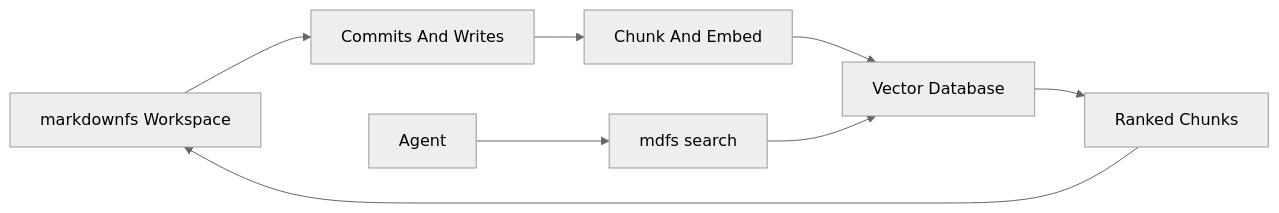
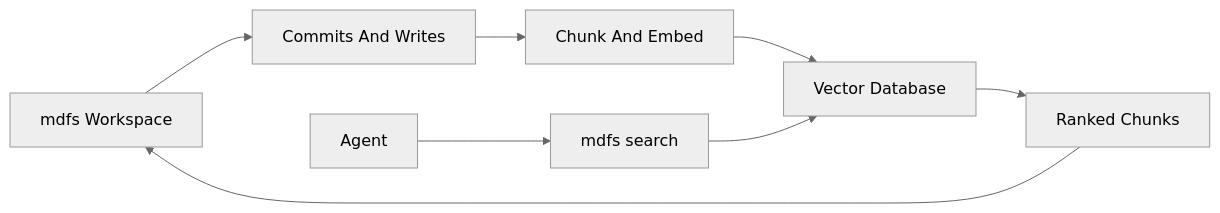
The diagram in docs/semantic-index.md (subramanya1997/markdownfs), drawn with Mermaid (neutral theme) before and after one commit. The commit also changed other lines of this file and 27 other files, not shown here.

````diff
--- a/docs/semantic-index.md
+++ b/docs/semantic-index.md
@@ -38,10 +38,10 @@
 ```mermaid
 flowchart LR
-  workspace[markdownfs Workspace] --> commits[Commits And Writes]
+  workspace[mdfs Workspace] --> commits[Commits And Writes]
   commits --> indexer[Chunk And Embed]
   indexer --> vectorDb[Vector Database]
   agent[Agent] --> searchCmd[mdfs search]
   searchCmd --> vectorDb
   vectorDb --> results[Ranked Chunks]
   results --> workspace
 ```
````
